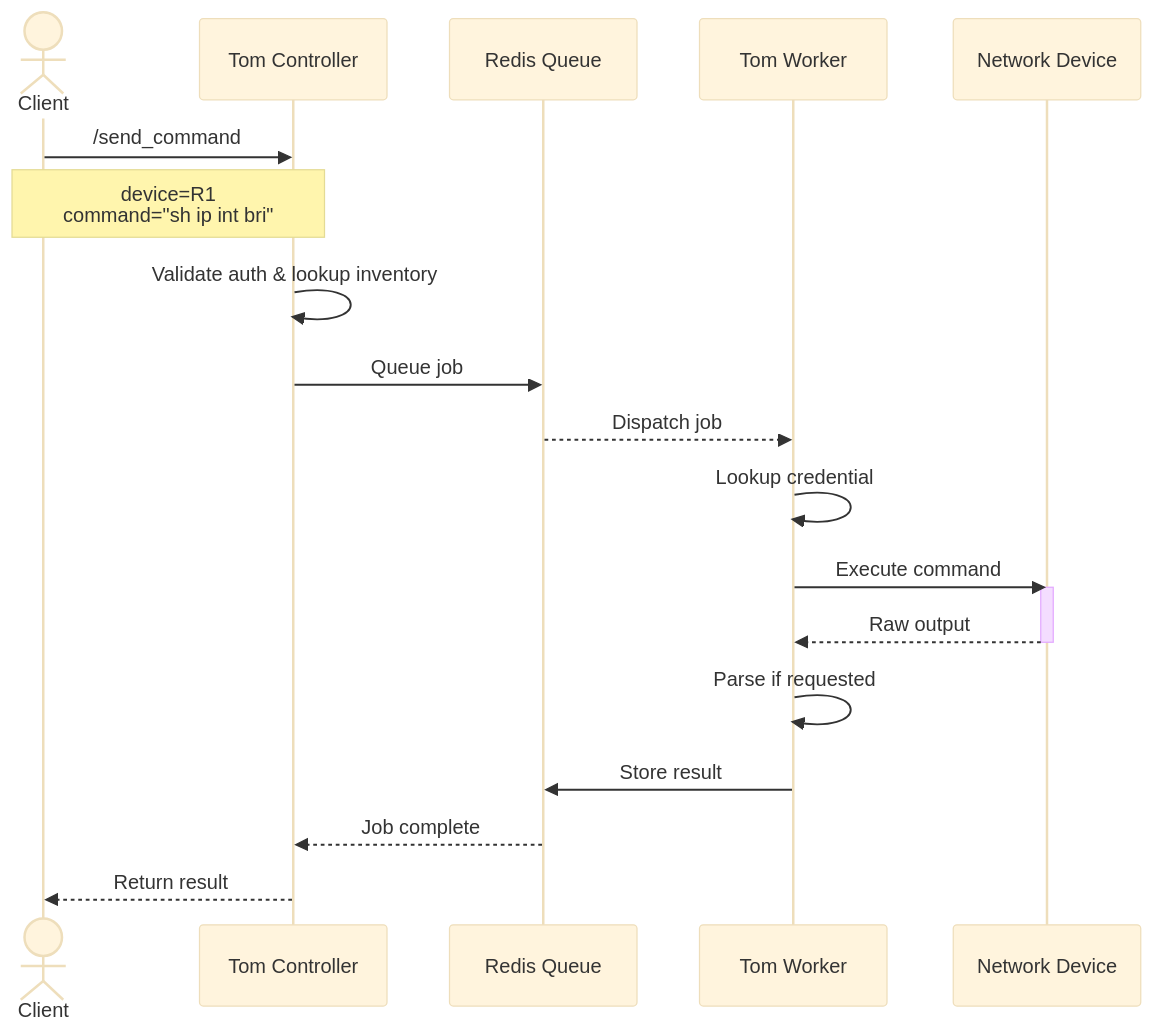
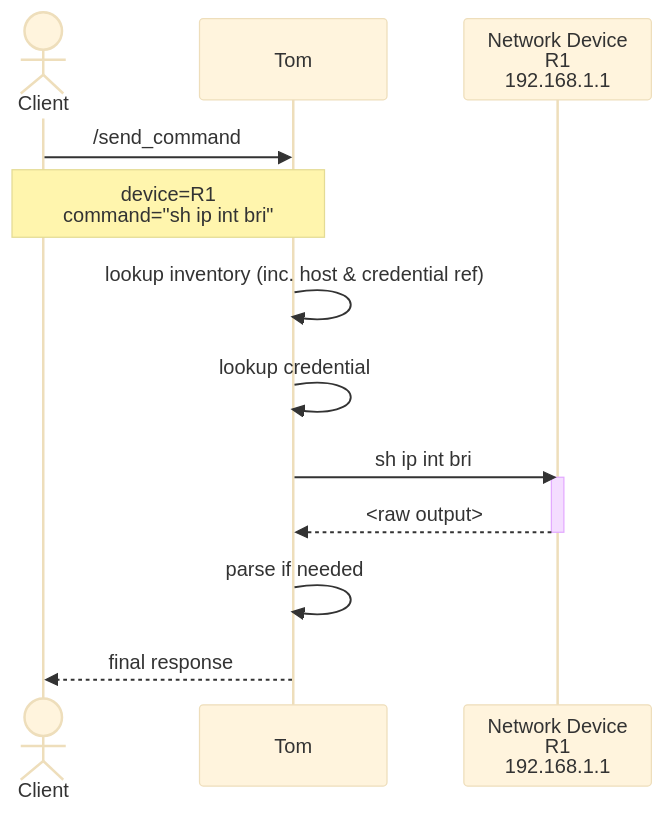
Before and after one commit to wrgeorge1983/Tom: the diagram in docs/docs/real/index.md, drawn with Mermaid (base theme). The commit also changed other lines of this file and 4 other files, not shown here.

Commit message:
Continue updating documentation layout, content, diagrams.

````diff
--- a/docs/docs/real/index.md
+++ b/docs/docs/real/index.md
@@ -30,23 +33,17 @@
 ```mermaid
 sequenceDiagram
     actor C as Client 
-    participant T as Tom Controller
-    participant R as Redis Queue
-    participant W as Tom Worker
-    participant D as Network Device
+    participant T as Tom
+    participant D as Network Device<br/>R1<br/>192.168.1.1
         
     C ->> T: /send_command
         note over C,T: device=R1<br/>command="sh ip int bri"
-    T ->> T: Validate auth & lookup inventory
-    T ->> R: Queue job
-    R -->> W: Dispatch job
-    W ->> W: Lookup credential
-    W ->> D: Execute command
+    T ->> T: lookup inventory (inc. host & credential ref)
+    T ->> T: lookup credential
+    T ->> D: sh ip int bri
     activate D
-        D -->> W: Raw output
+        D -->> T: <raw output>
     deactivate D
-    W ->> W: Parse if requested
-    W ->> R: Store result
-    R -->> T: Job complete
-    T -->> C: Return result
+    T ->> T: parse if needed
+    T -->> C: final response 
 ```
````
